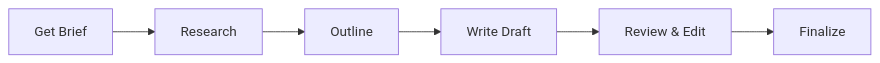
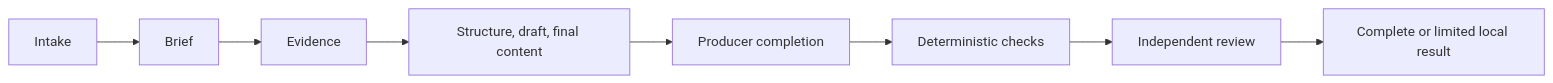
The diagram in packages/docs/src/content/docs/docs/reference/workflows/content-creation.mdx (moira-mcp/moira), drawn with Mermaid before and after one commit. The commit also changed other lines of this file and 122 other files, not shown here.

````diff
--- a/packages/docs/src/content/docs/docs/reference/workflows/content-creation.mdx
+++ b/packages/docs/src/content/docs/docs/reference/workflows/content-creation.mdx
@@ -18,8 +18,10 @@
 ```mermaid
 flowchart LR
-    A[Get Brief] --> B[Research]
-    B --> C[Outline]
-    C --> D[Write Draft]
-    D --> E[Review & Edit]
-    E --> F[Finalize]
+  A[Intake] --> B[Brief]
+  B --> C[Evidence]
+  C --> D[Structure, draft, final content]
+  D --> E[Producer completion]
+  E --> F[Deterministic checks]
+  F --> G[Independent review]
+  G --> H[Complete or limited local result]
 ```
````
